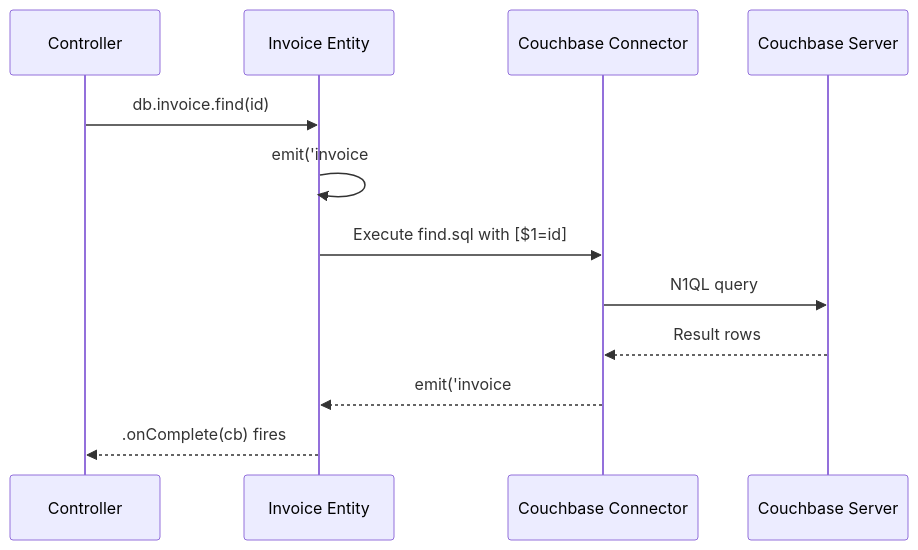
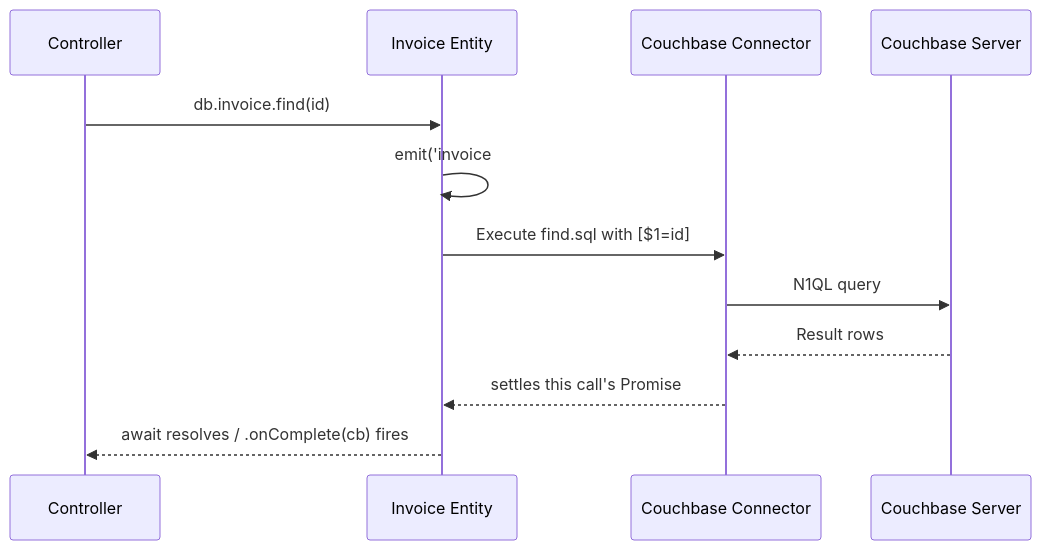
Before and after one commit to gina-io/docs: the second of 4 diagrams in docs/data/couchbase-orm.md, drawn with Mermaid. The commit also changed other lines of this file and 2 other files, not shown here.

First line of the commit message:
Document per-call identity for SQL-derived entity methods

````diff
--- a/docs/data/couchbase-orm.md
+++ b/docs/data/couchbase-orm.md
@@ -273,15 +293,15 @@
 ```mermaid
 sequenceDiagram
     participant Ctrl as Controller
     participant Entity as Invoice Entity
     participant Conn as Couchbase Connector
     participant CB as Couchbase Server
 
     Ctrl->>Entity: db.invoice.find(id)
     Entity->>Entity: emit('invoice#find', id)
     Entity->>Conn: Execute find.sql with [$1=id]
     Conn->>CB: N1QL query
     CB-->>Conn: Result rows
-    Conn-->>Entity: emit('invoice#find', null, data)
-    Entity-->>Ctrl: .onComplete(cb) fires
+    Conn-->>Entity: settles this call's Promise
+    Entity-->>Ctrl: await resolves / .onComplete(cb) fires
 ```
````
